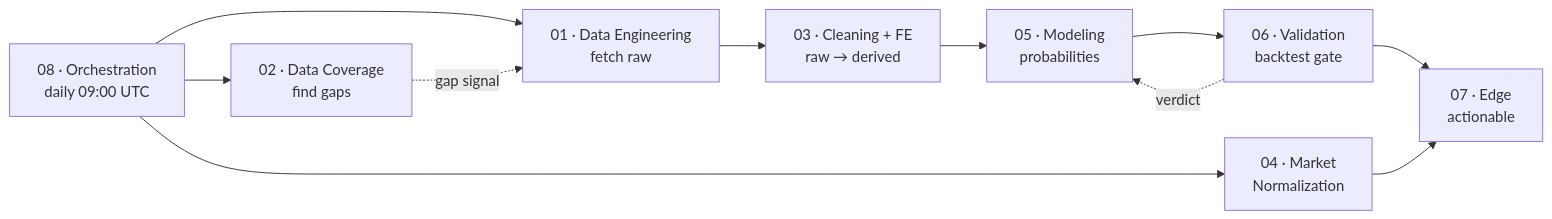
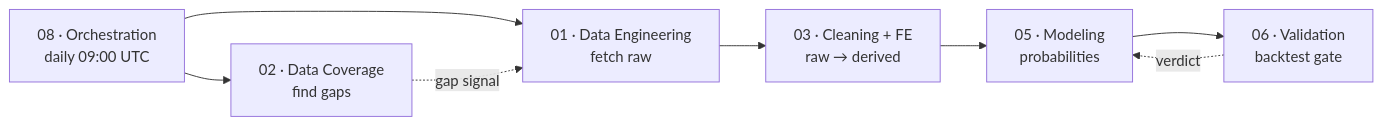
The diagram in docs/agents/README.md (pol-i-tech/fulbol-mundial-26), drawn with Mermaid before and after one commit. The commit also changed other lines of this file and 17 other files, not shown here.

````diff
--- a/docs/agents/README.md
+++ b/docs/agents/README.md
@@ -26,17 +26,14 @@
 ```mermaid
 flowchart LR
     O[08 · Orchestration<br/>daily 09:00 UTC]
     DE[01 · Data Engineering<br/>fetch raw]
     DC[02 · Data Coverage<br/>find gaps]
     CL[03 · Cleaning + FE<br/>raw → derived]
-    MN[04 · Market<br/>Normalization]
     MD[05 · Modeling<br/>probabilities]
     VA[06 · Validation<br/>backtest gate]
-    ED[07 · Edge<br/>actionable]
 
-    O --> DE --> CL --> MD --> VA --> ED
-    O --> MN --> ED
+    O --> DE --> CL --> MD --> VA
     O --> DC
     DC -.gap signal.-> DE
     VA -.verdict.-> MD
 ```
````
